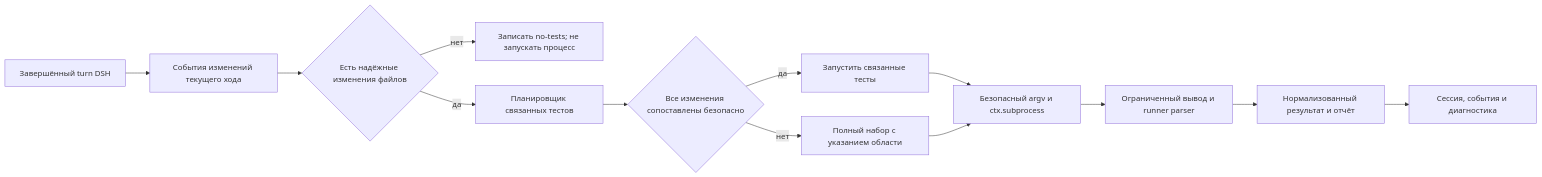
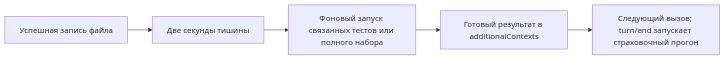
One commit to GooDAnDReaDY/dsh-test-pilot changed the diagram in README.ru.md. Above: the diagram before and after it, drawn with Mermaid. The commit also changed other lines of this file and 13 other files, not shown here.

```diff
--- a/README.ru.md
+++ b/README.ru.md
@@ -53,15 +53,7 @@
 ~~~mermaid
 graph LR
-  A[Завершённый turn DSH] --> B[События изменений текущего хода]
-  B --> C{Есть надёжные изменения файлов}
-  C -- нет --> D[Записать no-tests; не запускать процесс]
-  C -- да --> E[Планировщик связанных тестов]
-  E --> F{Все изменения сопоставлены безопасно}
-  F -- да --> G[Запустить связанные тесты]
-  F -- нет --> H[Полный набор с указанием области]
-  G --> I[Безопасный argv и ctx.subprocess]
-  H --> I
-  I --> J[Ограниченный вывод и runner parser]
-  J --> K[Нормализованный результат и отчёт]
-  K --> L[Сессия, события и диагностика]
+  A[Успешная запись файла] --> B[Две секунды тишины]
+  B --> C[Фоновый запуск связанных тестов или полного набора]
+  C --> D[Готовый результат в additionalContexts]
+  D --> E[Следующий вызов; turn/end запускает страховочный прогон]
 ~~~
```
